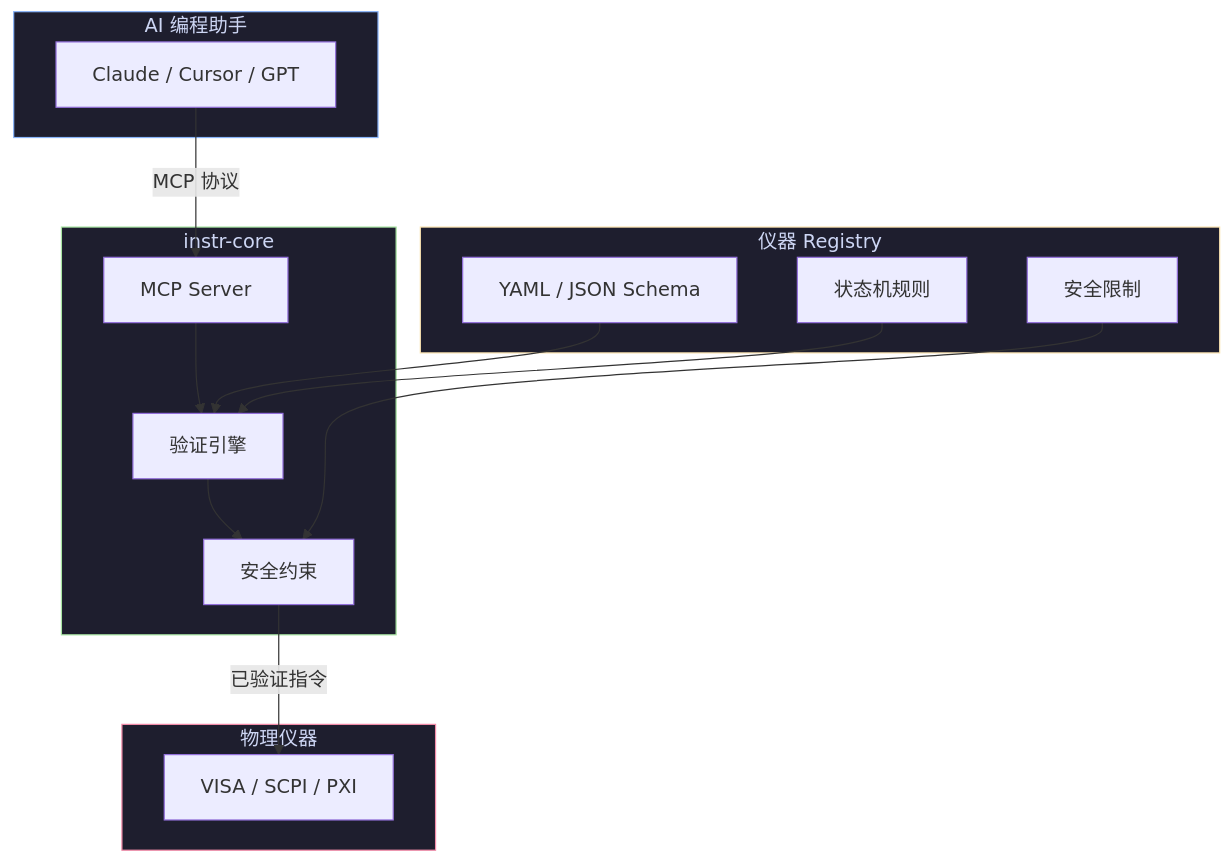
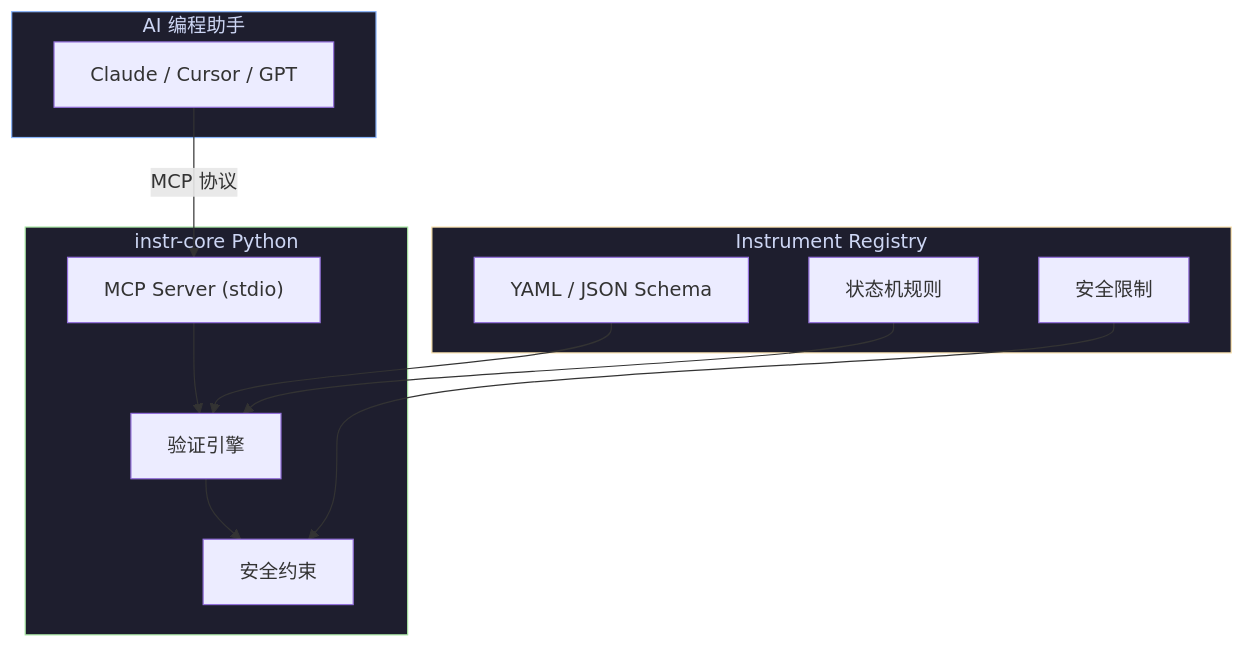
Before and after one commit to RainfallMax/instr-core: the first of 2 diagrams in README_zh-CN.md, drawn with Mermaid. The commit also changed other lines of this file and 72 other files, not shown here.

````diff
--- a/README_zh-CN.md
+++ b/README_zh-CN.md
@@ -64,35 +67,29 @@
 ```mermaid
 flowchart TD
     subgraph IDE["AI 编程助手"]
         A["Claude / Cursor / GPT"]
     end
 
-    subgraph CORE["instr-core"]
-        B["MCP Server"]
+    subgraph CORE["instr-core Python"]
+        B["MCP Server (stdio)"]
         C["验证引擎"]
         D["安全约束"]
     end
 
-    subgraph REG["仪器 Registry"]
+    subgraph REG["Instrument Registry"]
         E["YAML / JSON Schema"]
         F["状态机规则"]
         G["安全限制"]
     end
 
-    subgraph HW["物理仪器"]
-        H["VISA / SCPI / PXI"]
-    end
-
     A -->|"MCP 协议"| B
     B --> C
     C --> D
-    D -->|"已验证指令"| H
     E --> C
     F --> C
     G --> D
 
     style IDE fill:#1e1e2e,stroke:#89b4fa,color:#cdd6f4
     style CORE fill:#1e1e2e,stroke:#a6e3a1,color:#cdd6f4
     style REG fill:#1e1e2e,stroke:#f9e2af,color:#cdd6f4
-    style HW fill:#1e1e2e,stroke:#f38ba8,color:#cdd6f4
 ```
````
